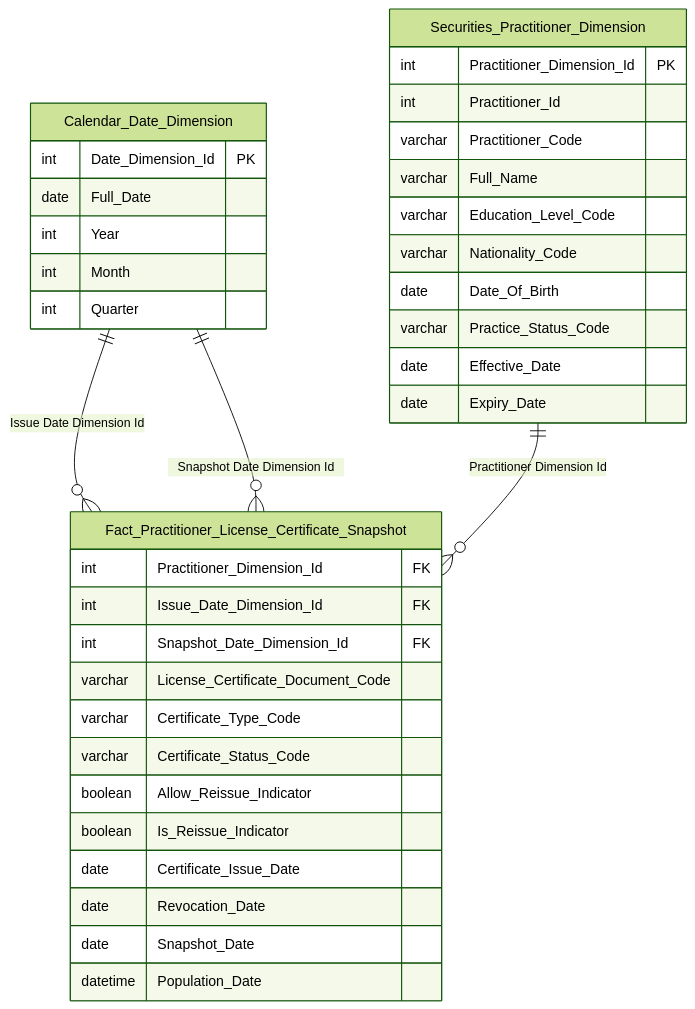
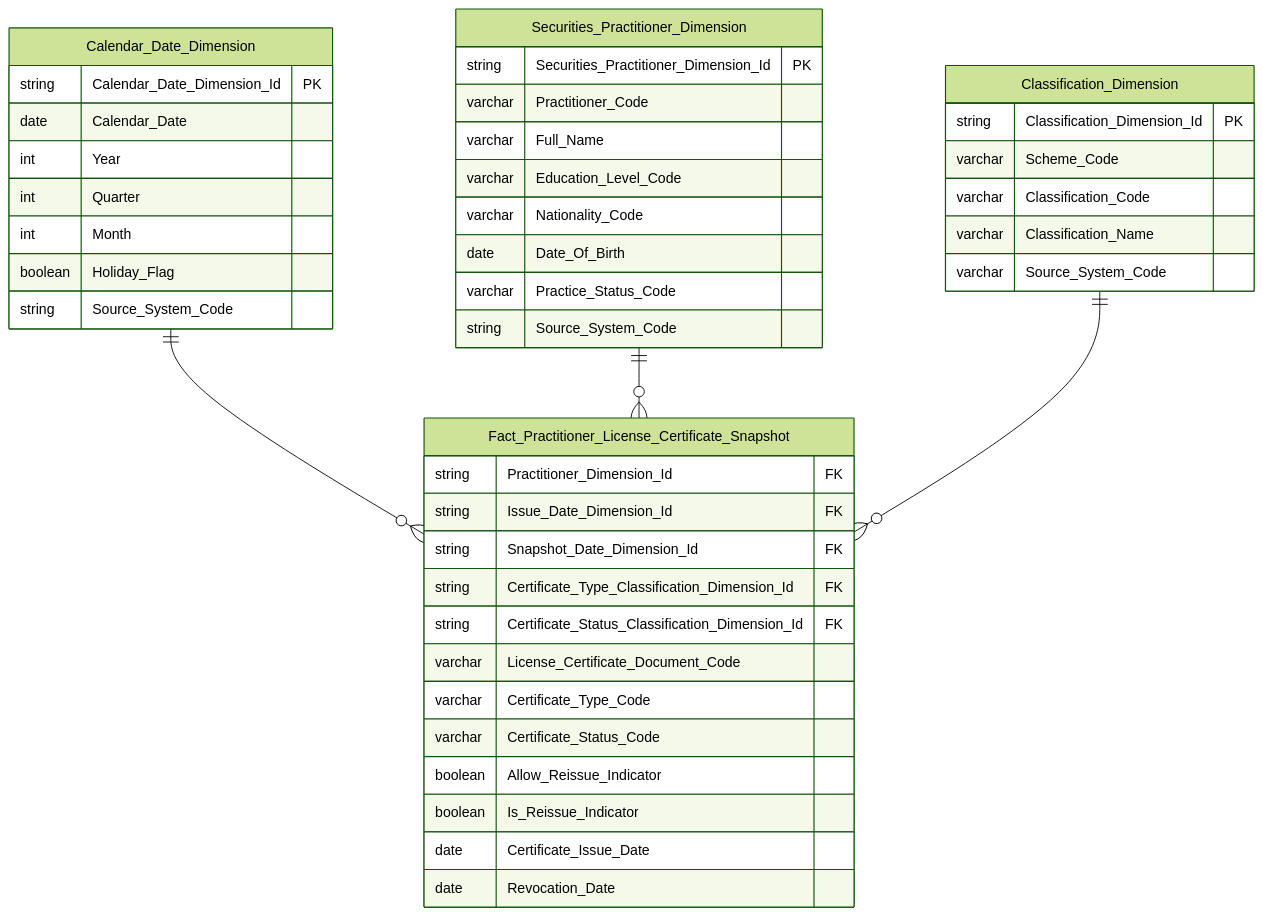
Before and after one commit to linhlvit/ubck_atomic_design: diagram 12 of 40 in Datamart/hld/DTM_NHNCK_HLD.md, drawn with Mermaid (forest theme). The commit also changed other lines of this file and 25 other files, not shown here.

````diff
--- a/Datamart/hld/DTM_NHNCK_HLD.md
+++ b/Datamart/hld/DTM_NHNCK_HLD.md
@@ -283,42 +422,50 @@
 ```mermaid
 erDiagram
-    Calendar_Date_Dimension ||--o{ Fact_Practitioner_License_Certificate_Snapshot : "Issue Date Dimension Id"
-    Calendar_Date_Dimension ||--o{ Fact_Practitioner_License_Certificate_Snapshot : "Snapshot Date Dimension Id"
-    Securities_Practitioner_Dimension ||--o{ Fact_Practitioner_License_Certificate_Snapshot : "Practitioner Dimension Id"
+    Calendar_Date_Dimension ||--o{ Fact_Practitioner_License_Certificate_Snapshot : " "
+    Securities_Practitioner_Dimension ||--o{ Fact_Practitioner_License_Certificate_Snapshot : " "
+    Classification_Dimension ||--o{ Fact_Practitioner_License_Certificate_Snapshot : " "
 
     Fact_Practitioner_License_Certificate_Snapshot {
-        int Practitioner_Dimension_Id FK
-        int Issue_Date_Dimension_Id FK
-        int Snapshot_Date_Dimension_Id FK
+        string Practitioner_Dimension_Id FK
+        string Issue_Date_Dimension_Id FK
+        string Snapshot_Date_Dimension_Id FK
+        string Certificate_Type_Classification_Dimension_Id FK
+        string Certificate_Status_Classification_Dimension_Id FK
         varchar License_Certificate_Document_Code
         varchar Certificate_Type_Code
         varchar Certificate_Status_Code
         boolean Allow_Reissue_Indicator
         boolean Is_Reissue_Indicator
         date Certificate_Issue_Date
         date Revocation_Date
-        date Snapshot_Date
-        datetime Population_Date
     }
 
     Calendar_Date_Dimension {
-        int Date_Dimension_Id PK
-        date Full_Date
+        string Calendar_Date_Dimension_Id PK
+        date Calendar_Date
         int Year
+        int Quarter
         int Month
-        int Quarter
+        boolean Holiday_Flag
+        string Source_System_Code
     }
 
     Securities_Practitioner_Dimension {
-        int Practitioner_Dimension_Id PK
-        int Practitioner_Id
+        string Securities_Practitioner_Dimension_Id PK
         varchar Practitioner_Code
         varchar Full_Name
         varchar Education_Level_Code
         varchar Nationality_Code
         date Date_Of_Birth
         varchar Practice_Status_Code
-        date Effective_Date
-        date Expiry_Date
+        string Source_System_Code
+    }
+
+    Classification_Dimension {
+        string Classification_Dimension_Id PK
+        varchar Scheme_Code
+        varchar Classification_Code
+        varchar Classification_Name
+        varchar Source_System_Code
     }
 ```
````
